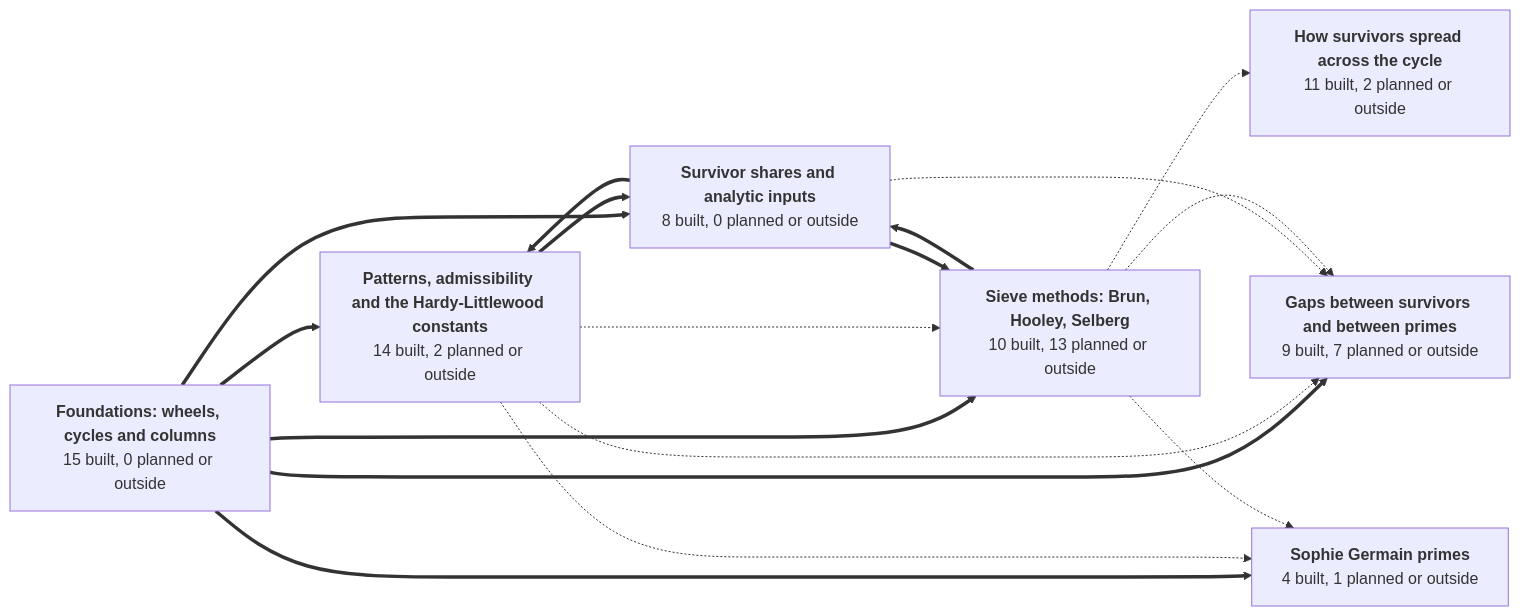
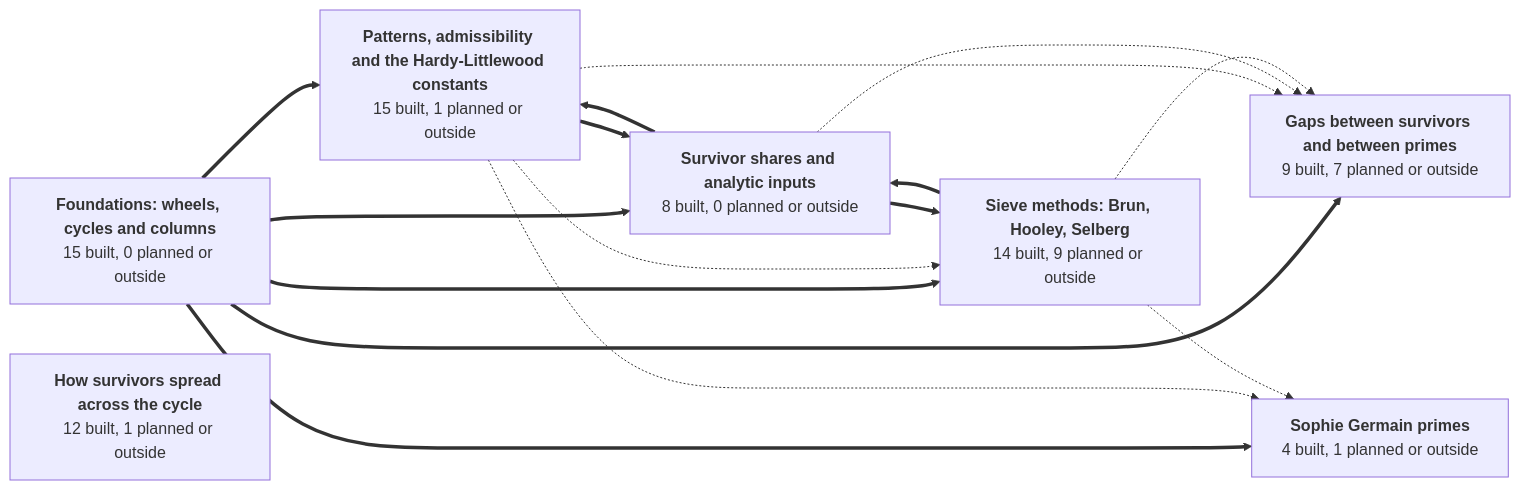
The first of 8 diagrams in GRAPH.md (golfbum71/RNS-Sieve-Network), drawn with Mermaid before and after one commit. The commit also changed other lines of this file and 23 other files, not shown here.

First line of the commit message:
Next five: node list and regenerated graph (77 of 96 built)

````diff
--- a/GRAPH.md
+++ b/GRAPH.md
@@ -45,33 +45,32 @@
 ```mermaid
 graph LR
   g1["<b>Foundations: wheels, cycles and columns</b><br/>15 built, 0 planned or outside"]
-  g2["<b>Patterns, admissibility and the Hardy-Littlewood constants</b><br/>14 built, 2 planned or outside"]
-  g3["<b>How survivors spread across the cycle</b><br/>11 built, 2 planned or outside"]
+  g2["<b>Patterns, admissibility and the Hardy-Littlewood constants</b><br/>15 built, 1 planned or outside"]
+  g3["<b>How survivors spread across the cycle</b><br/>12 built, 1 planned or outside"]
   g4["<b>Gaps between survivors and between primes</b><br/>9 built, 7 planned or outside"]
   g5["<b>Sophie Germain primes</b><br/>4 built, 1 planned or outside"]
   g6["<b>Survivor shares and analytic inputs</b><br/>8 built, 0 planned or outside"]
-  g7["<b>Sieve methods: Brun, Hooley, Selberg</b><br/>10 built, 13 planned or outside"]
+  g7["<b>Sieve methods: Brun, Hooley, Selberg</b><br/>14 built, 9 planned or outside"]
   g1 ==> g2
   g1 ==> g4
   g1 ==> g5
   g1 ==> g6
   g1 ==> g7
   g2 -.-> g4
   g2 -.-> g5
   g2 ==> g6
   g2 -.-> g7
   g6 ==> g2
   g6 -.-> g4
   g6 ==> g7
-  g7 -.-> g3
   g7 -.-> g4
   g7 -.-> g5
   g7 ==> g6
   click g1 href "https://github.com/golfbum71/RNS-Sieve-Network/blob/main/GRAPH.md#foundations-wheels-cycles-and-columns" _self
   click g2 href "https://github.com/golfbum71/RNS-Sieve-Network/blob/main/GRAPH.md#patterns-admissibility-and-the-hardy-littlewood-constants" _self
   click g3 href "https://github.com/golfbum71/RNS-Sieve-Network/blob/main/GRAPH.md#how-survivors-spread-across-the-cycle" _self
   click g4 href "https://github.com/golfbum71/RNS-Sieve-Network/blob/main/GRAPH.md#gaps-between-survivors-and-between-primes" _self
   click g5 href "https://github.com/golfbum71/RNS-Sieve-Network/blob/main/GRAPH.md#sophie-germain-primes" _self
   click g6 href "https://github.com/golfbum71/RNS-Sieve-Network/blob/main/GRAPH.md#survivor-shares-and-analytic-inputs" _self
   click g7 href "https://github.com/golfbum71/RNS-Sieve-Network/blob/main/GRAPH.md#sieve-methods-brun-hooley-selberg" _self
 ```
````
